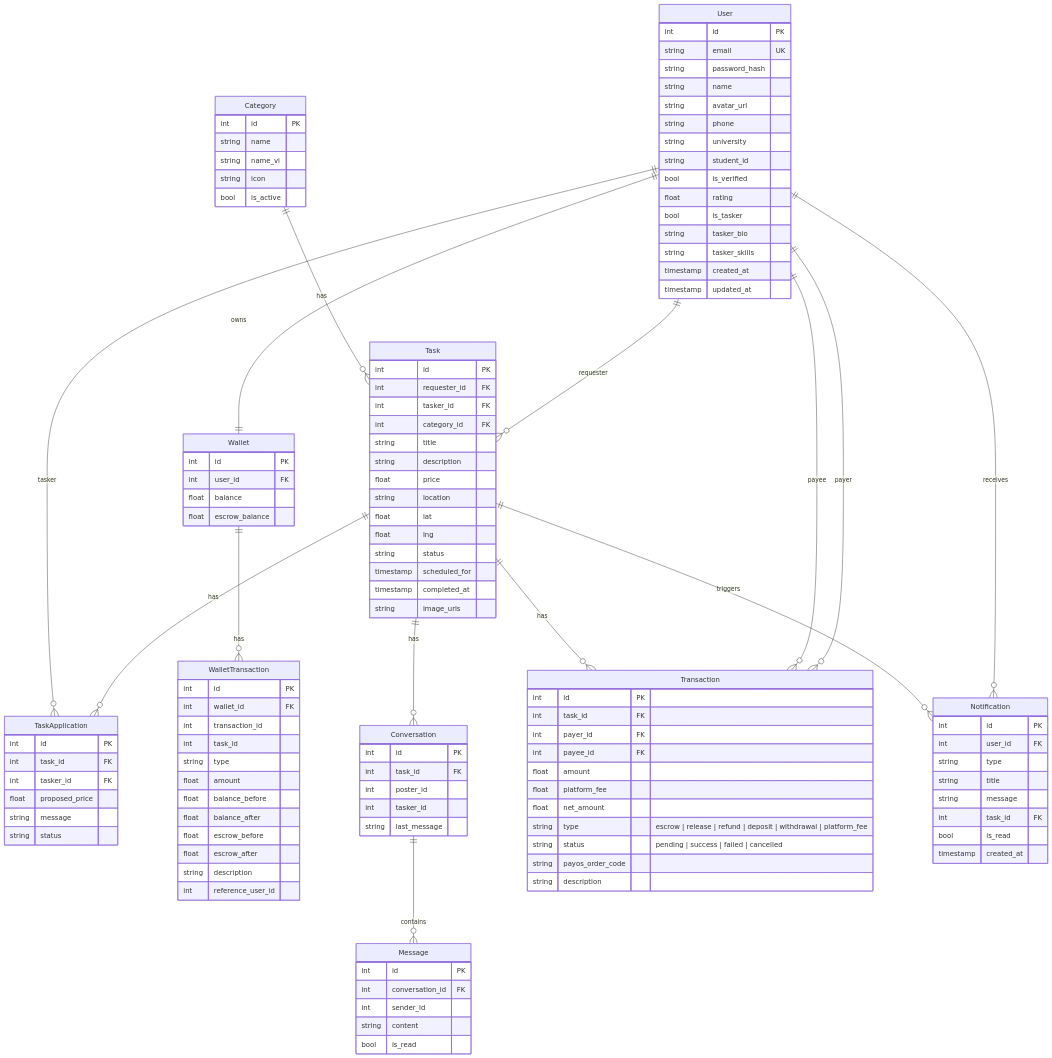
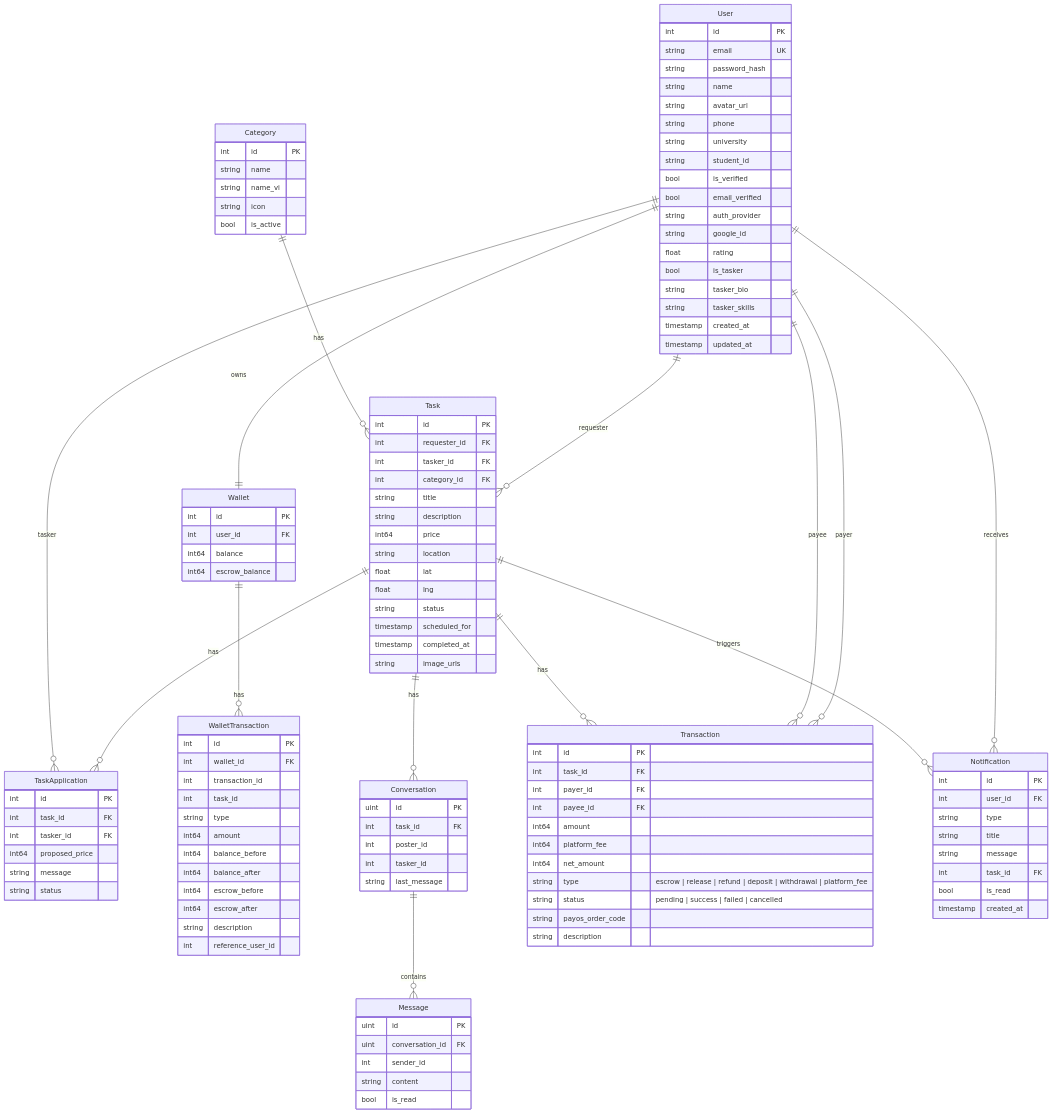
The fourth of 10 diagrams in docs/technical/ARCHITECTURE.md (nhannht/viecz), drawn with Mermaid before and after one commit. The commit also changed other lines of this file and 8 other files, not shown here.

```diff
--- a/docs/technical/ARCHITECTURE.md
+++ b/docs/technical/ARCHITECTURE.md
@@ -481,6 +490,9 @@
         string university
         string student_id
         bool is_verified
+        bool email_verified
+        string auth_provider
+        string google_id
         float rating
         bool is_tasker
         string tasker_bio
@@ -504,7 +516,7 @@
         int category_id FK
         string title
         string description
-        float price
+        int64 price
         string location
         float lat
         float lng
@@ -518,7 +530,7 @@
         int id PK
         int task_id FK
         int tasker_id FK
-        float proposed_price
+        int64 proposed_price
         string message
         string status
     }
@@ -526,8 +538,8 @@
     Wallet {
         int id PK
         int user_id FK
-        float balance
-        float escrow_balance
+        int64 balance
+        int64 escrow_balance
     }
 
     WalletTransaction {
@@ -536,17 +548,17 @@
         int transaction_id
         int task_id
         string type
-        float amount
-        float balance_before
-        float balance_after
-        float escrow_before
-        float escrow_after
+        int64 amount
+        int64 balance_before
+        int64 balance_after
+        int64 escrow_before
+        int64 escrow_after
         string description
         int reference_user_id
     }
 
     Conversation {
-        int id PK
+        uint id PK
         int task_id FK
         int poster_id
         int tasker_id
@@ -554,8 +566,8 @@
     }
 
     Message {
-        int id PK
-        int conversation_id FK
+        uint id PK
+        uint conversation_id FK
         int sender_id
         string content
         bool is_read
@@ -566,9 +578,9 @@
         int task_id FK
         int payer_id FK
         int payee_id FK
-        float amount
-        float platform_fee
-        float net_amount
+        int64 amount
+        int64 platform_fee
+        int64 net_amount
         string type "escrow | release | refund | deposit | withdrawal | platform_fee"
         string status "pending | success | failed | cancelled"
         string payos_order_code
```
